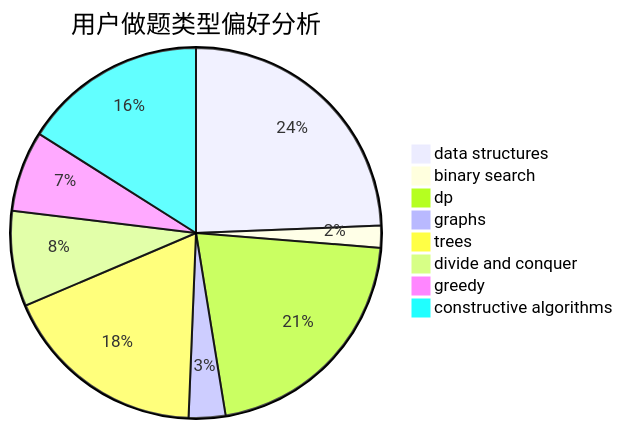
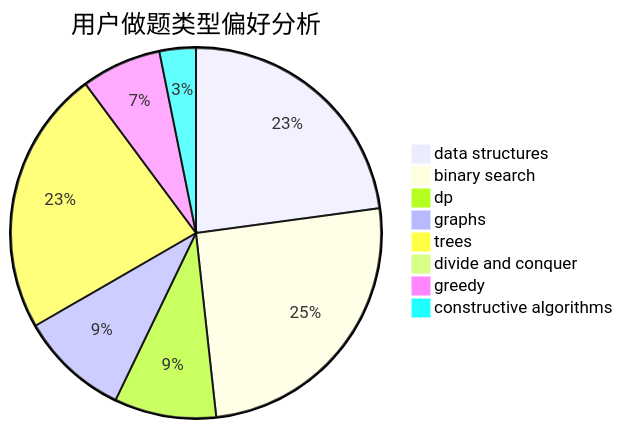
The second of 3 diagrams in docs/user/u2462.md (sherpahu/cfrs.github.io), drawn with Mermaid before and after one commit. The commit also changed other lines of this file and 2770 other files, not shown here.

````diff
--- a/docs/user/u2462.md
+++ b/docs/user/u2462.md
@@ -23,11 +23,11 @@
 ```mermaid
 pie title 用户做题类型偏好分析
-    "data structures" :  38
-    "binary search" :  3
-    "dp" :  33
-    "graphs" :  5
-    "trees" :  28
-    "divide and conquer" :  13
-    "greedy" :  11
-    "constructive algorithms" :  25
+    "data structures" :  72
+    "binary search" :  80
+    "dp" :  28
+    "graphs" :  30
+    "trees" :  73
+    "divide and conquer" :  1
+    "greedy" :  22
+    "constructive algorithms" :  10
 ```
````
